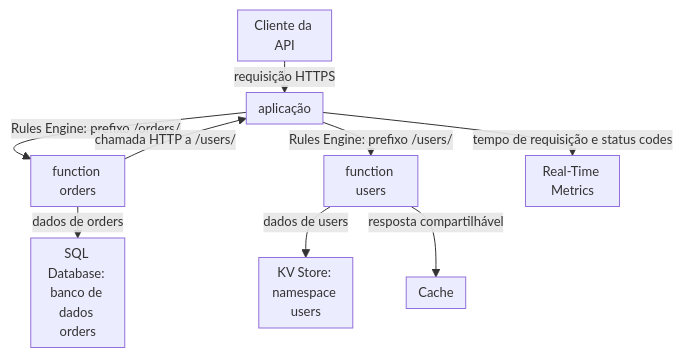
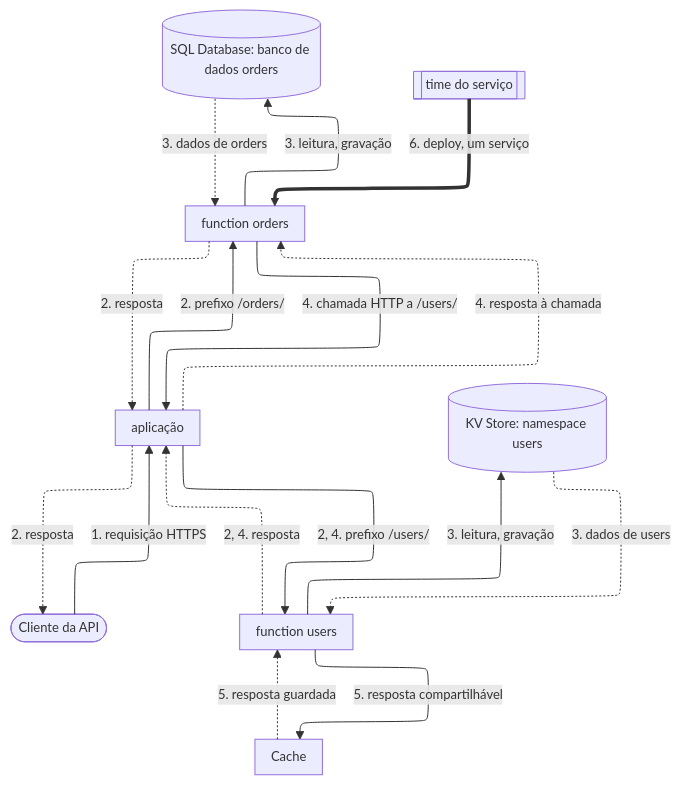
Before and after one commit to aziontech/docs: the diagram in apps/docs/src/content/docs/pt-br/pages/arquiteturas/edge-application/microservices.mdx, drawn with Mermaid. The commit also changed other lines of this file and 179 other files, not shown here.

Commit message:
docs(diagrams): redraw every other diagram in the use-case diagram style (#2513)

````diff
--- a/apps/docs/src/content/docs/pt-br/pages/arquiteturas/edge-application/microservices.mdx
+++ b/apps/docs/src/content/docs/pt-br/pages/arquiteturas/edge-application/microservices.mdx
@@ -19,12 +21,27 @@
 ```mermaid
-%%{init: {"layout": "dagre", "themeVariables": {"fontSize": "13px"}, "flowchart": {"nodeSpacing": 12, "rankSpacing": 12, "padding": 6, "wrappingWidth": 70, "minNodeWidth": 40, "useMaxWidth": true}}}%%
+%%{init: {"layout": "elk", "elk": {"cycleBreakingStrategy": "MODEL_ORDER"}, "themeVariables": {"fontSize": "13px"}, "flowchart": {"nodeSpacing": 24, "rankSpacing": 36, "padding": 8, "wrappingWidth": 150, "useMaxWidth": true}, "sequence": {"width": 120, "actorMargin": 30, "useMaxWidth": true}}}%%
 flowchart TD
-  Client["Cliente da API"] -->|"requisição HTTPS"| App["aplicação"]
-  App -->|"Rules Engine: prefixo /orders/"| Orders["function orders"]
-  App -->|"Rules Engine: prefixo /users/"| Users["function users"]
-  Orders -->|"dados de orders"| OrdersDB["SQL Database: banco de dados orders"]
-  Users -->|"dados de users"| UsersKV["KV Store: namespace users"]
-  Orders -->|"chamada HTTP a /users/"| App
-  Users -->|"resposta compartilhável"| Cache["Cache"]
-  App -->|"tempo de requisição e status codes"| RTM["Real-Time Metrics"]
+  Client(["Cliente da API"])
+  App["aplicação"]
+  Orders["function orders"]
+  Users["function users"]
+  OrdersDB[("SQL Database: banco de dados orders")]
+  UsersKV[("KV Store: namespace users")]
+  Cache["Cache"]
+  Team[["time do serviço"]]
+  Client -->|"1. requisição HTTPS"| App
+  App -->|"2. prefixo /orders/"| Orders
+  App -->|"2, 4. prefixo /users/"| Users
+  Orders -->|"3. leitura, gravação"| OrdersDB
+  Users -->|"3. leitura, gravação"| UsersKV
+  Orders -->|"4. chamada HTTP a /users/"| App
+  Users -->|"5. resposta compartilhável"| Cache
+  OrdersDB -.->|"3. dados de orders"| Orders
+  UsersKV -.->|"3. dados de users"| Users
+  Cache -.->|"5. resposta guardada"| Users
+  Users -.->|"2, 4. resposta"| App
+  App -.->|"4. resposta à chamada"| Orders
+  Orders -.->|"2. resposta"| App
+  App -.->|"2. resposta"| Client
+  Team ==>|"6. deploy, um serviço"| Orders
 ```
````
